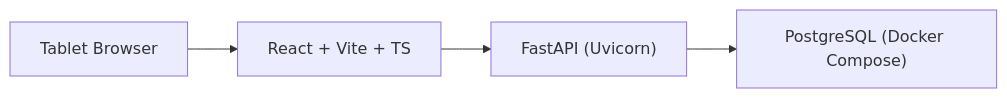
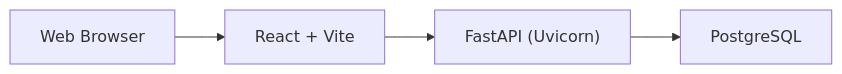
One commit to rubenpeq/Bitzer_Project changed the diagram in README.md. Above: the diagram before and after it, drawn with Mermaid. The commit also changed other lines of this file and 3 other files, not shown here.

````diff
--- a/README.md
+++ b/README.md
@@ -19,6 +19,6 @@
 ```mermaid
 flowchart LR
-  Tablet["Tablet Browser"] --> Frontend["React + Vite + TS"]
+  Tablet["Web Browser"] --> Frontend["React + Vite"]
   Frontend --> Backend["FastAPI (Uvicorn)"]
-  Backend --> Database["PostgreSQL (Docker Compose)"]
+  Backend --> Database["PostgreSQL"]
 ```
````
